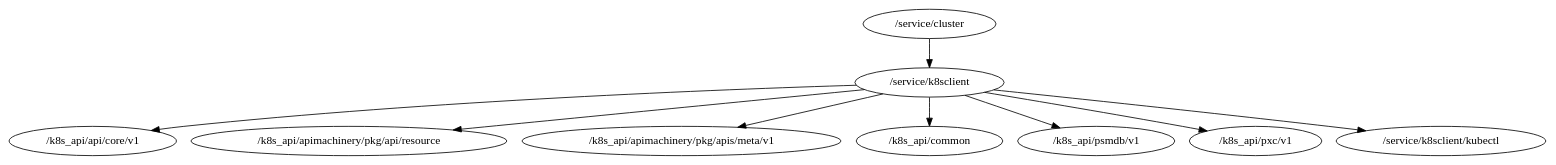
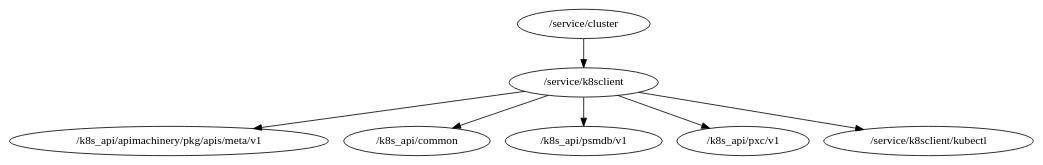
One commit to percona/dbaas-controller changed the diagram in packages.dot. Above: the diagram before and after it, drawn with Graphviz. The commit also changed 18 other files, not shown here.

```diff
--- a/packages.dot
+++ b/packages.dot
@@ -1,10 +1,8 @@
 digraph packages {
 	"/service/cluster" -> "/service/k8sclient";
-	"/service/k8sclient" -> "/k8s_api/api/core/v1";
-	"/service/k8sclient" -> "/k8s_api/apimachinery/pkg/api/resource";
 	"/service/k8sclient" -> "/k8s_api/apimachinery/pkg/apis/meta/v1";
 	"/service/k8sclient" -> "/k8s_api/common";
 	"/service/k8sclient" -> "/k8s_api/psmdb/v1";
 	"/service/k8sclient" -> "/k8s_api/pxc/v1";
 	"/service/k8sclient" -> "/service/k8sclient/kubectl";
 }
```
